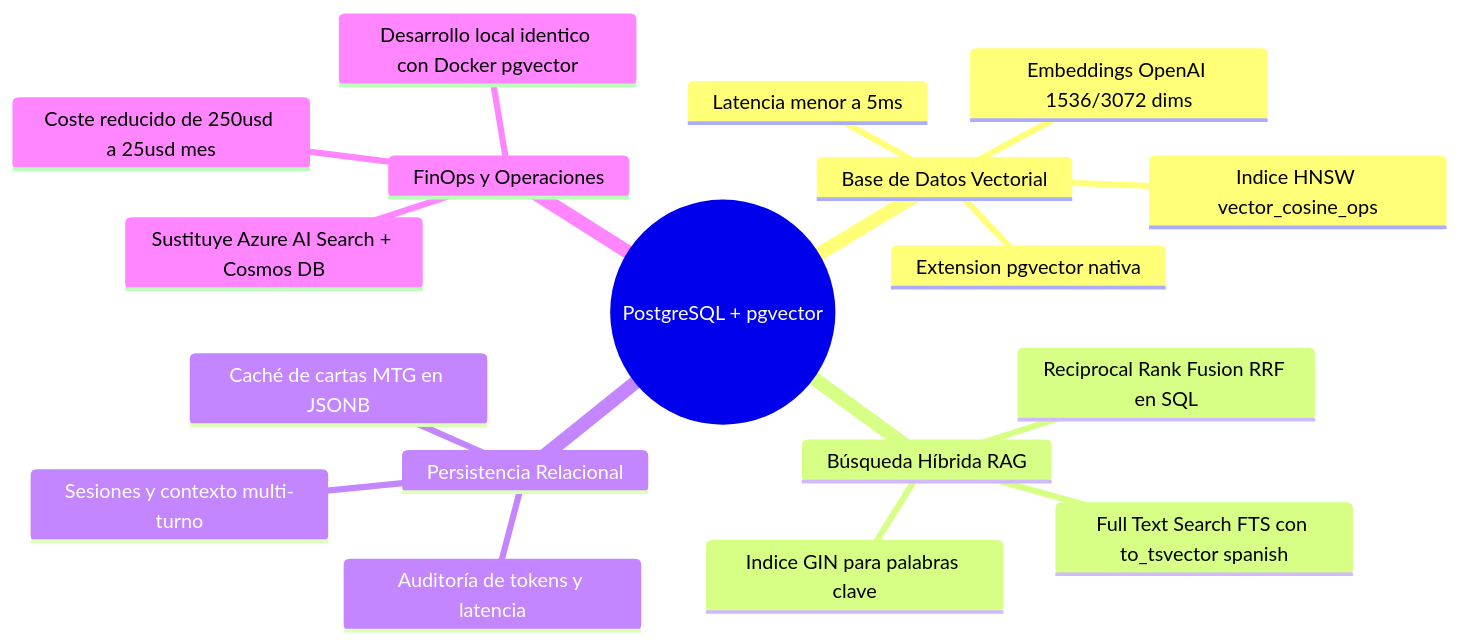
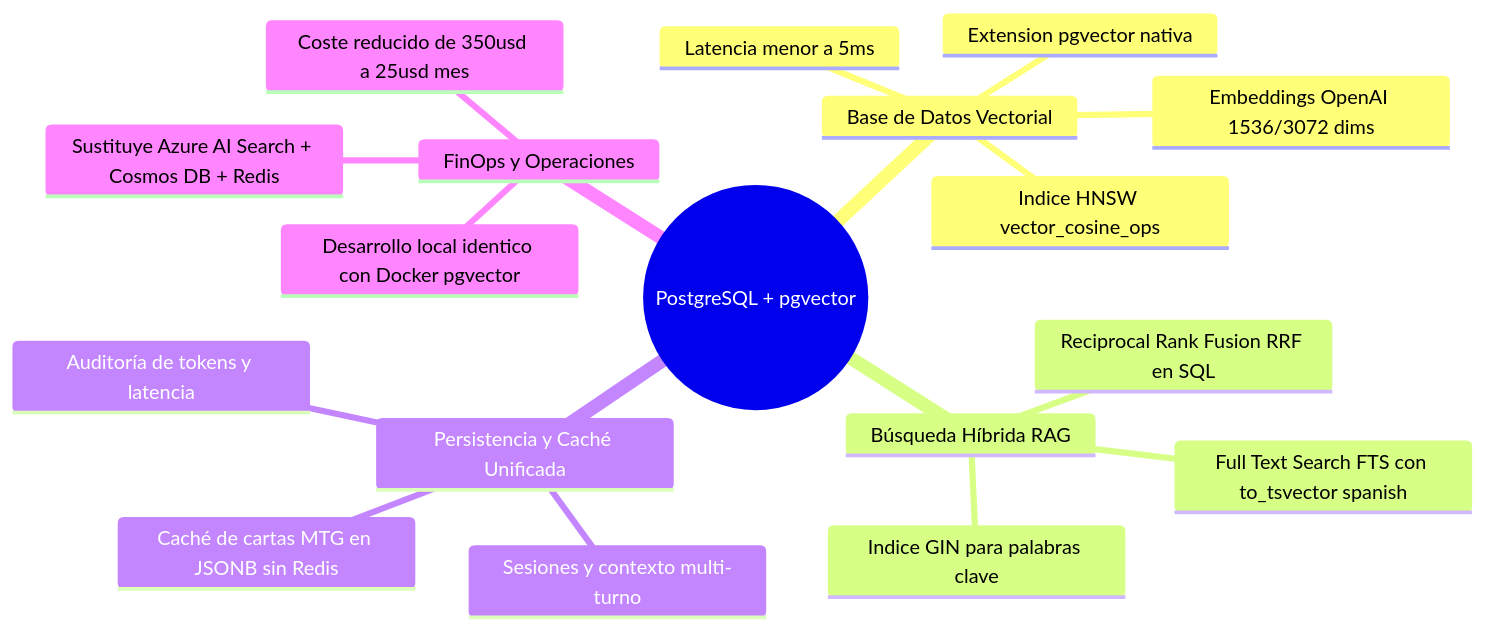
Before and after one commit to OC-jzambrano/mtg-azure-assistant: the first of 3 diagrams in docs/architecture_production.md, drawn with Mermaid. The commit also changed other lines of this file and 15 other files, not shown here.

````diff
--- a/docs/architecture_production.md
+++ b/docs/architecture_production.md
@@ -23,21 +22,21 @@
 ```mermaid
 mindmap
   root((PostgreSQL + pgvector))
     Base de Datos Vectorial
       Extension pgvector nativa
       Indice HNSW vector_cosine_ops
       Latencia menor a 5ms
       Embeddings OpenAI 1536/3072 dims
     Búsqueda Híbrida RAG
       Full Text Search FTS con to_tsvector spanish
       Indice GIN para palabras clave
       Reciprocal Rank Fusion RRF en SQL
-    Persistencia Relacional
+    Persistencia y Caché Unificada
       Sesiones y contexto multi-turno
       Auditoría de tokens y latencia
-      Caché de cartas MTG en JSONB
+      Caché de cartas MTG en JSONB sin Redis
     FinOps y Operaciones
-      Sustituye Azure AI Search + Cosmos DB
-      Coste reducido de 250usd a 25usd mes
+      Sustituye Azure AI Search + Cosmos DB + Redis
+      Coste reducido de 350usd a 25usd mes
       Desarrollo local identico con Docker pgvector
 ```
````
